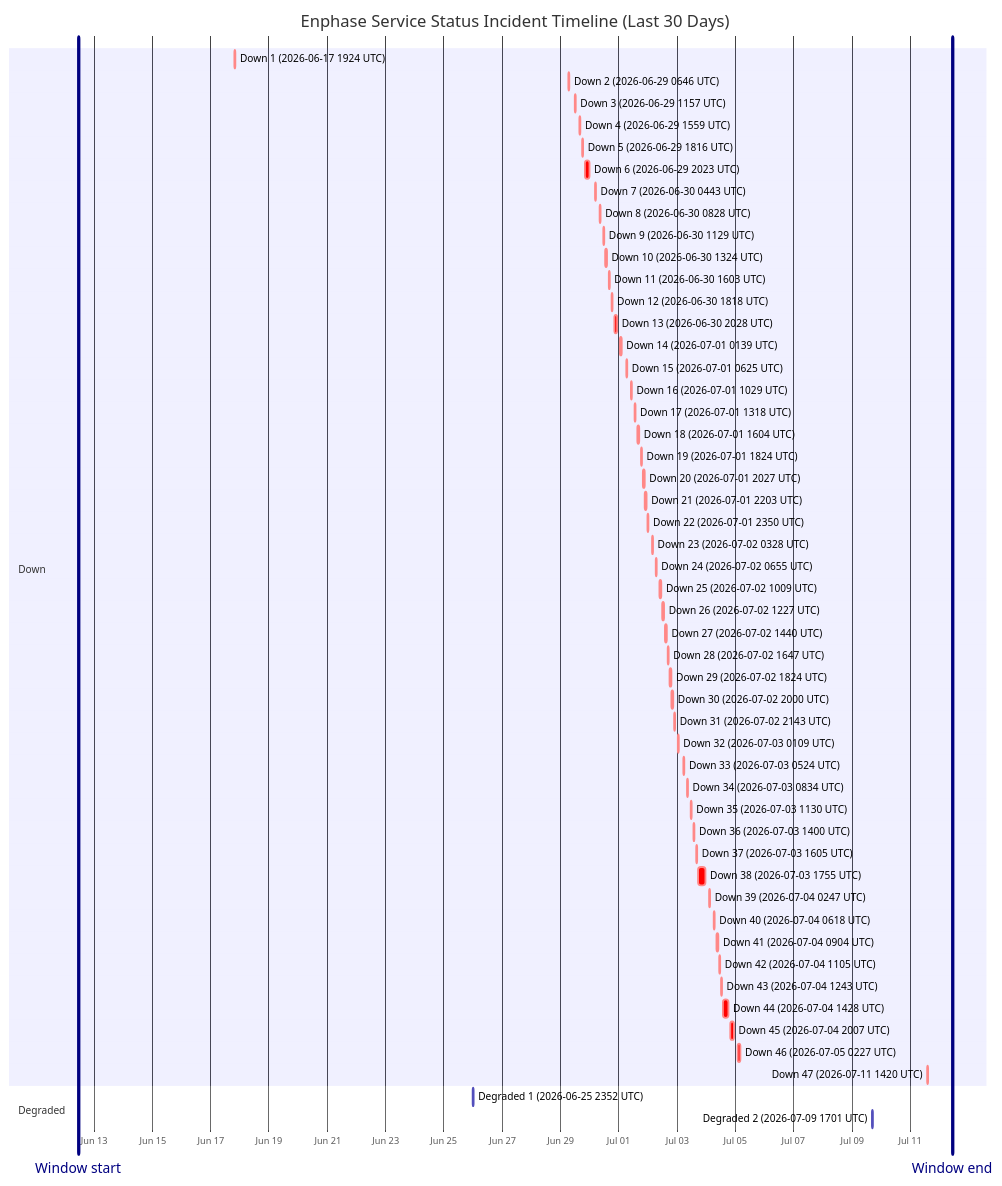
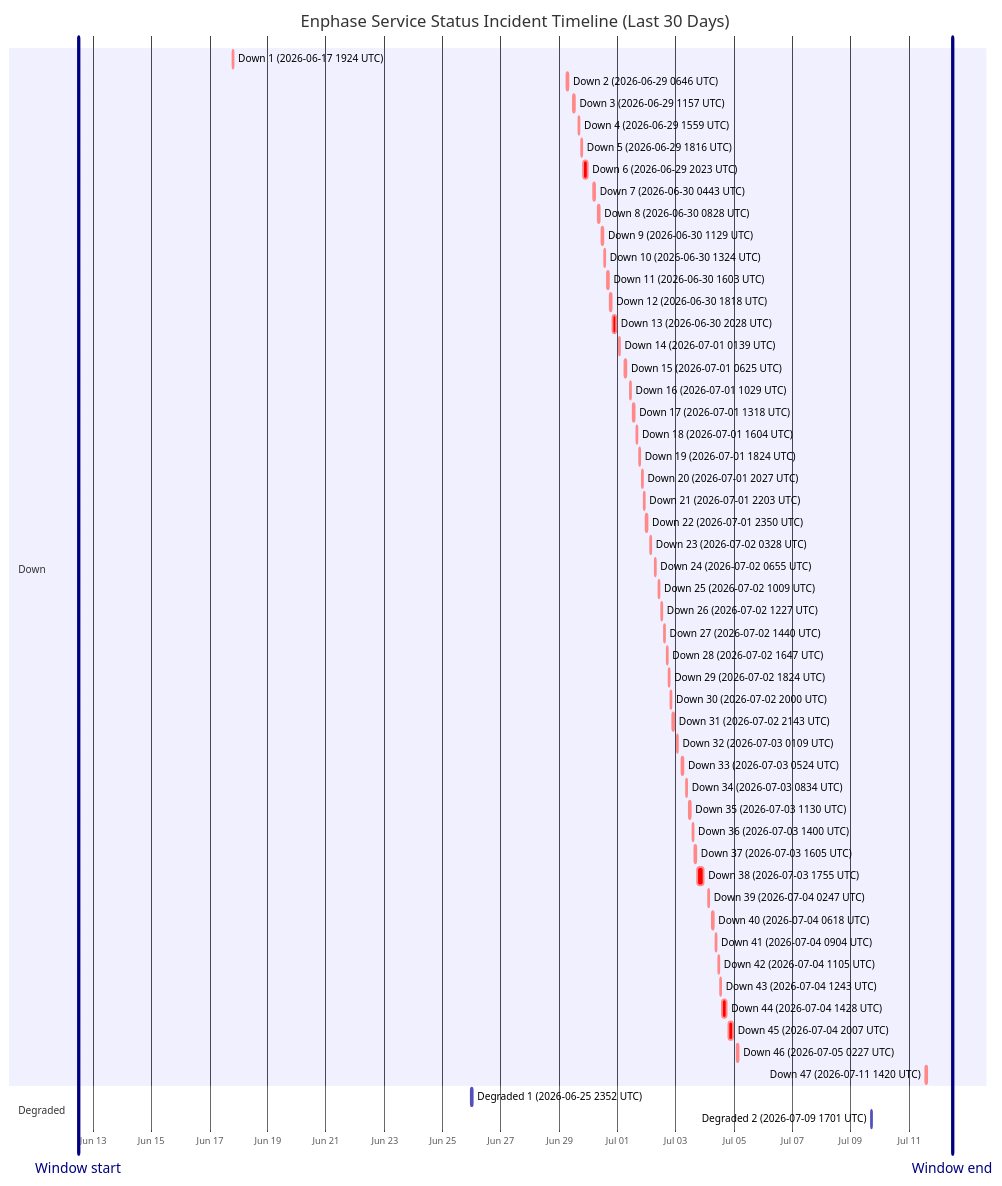
Before and after one commit to barneyonline/ha-enphase-energy: the diagram in wiki/Service-Status-History.md, drawn with Mermaid. The commit also changed other lines of this file and 3 other files, not shown here.

````diff
--- a/wiki/Service-Status-History.md
+++ b/wiki/Service-Status-History.md
@@ -14,59 +14,59 @@
 ```mermaid
 gantt
     title Enphase Service Status Incident Timeline (Last 30 Days)
     dateFormat  YYYY-MM-DDTHH:mm:ss
     axisFormat  %b %d
-    Window start :vert, window-start, 2026-06-12T10:54:38, 0ms
-    Window end :vert, window-end, 2026-07-12T10:54:38, 0ms
+    Window start :vert, window-start, 2026-06-12T11:58:05, 0ms
+    Window end :vert, window-end, 2026-07-12T11:58:05, 0ms
     section Down
     Down 1 (2026-06-17 1924 UTC) :crit, down-1, 2026-06-17T19:24:51, 60m
     Down 2 (2026-06-29 0646 UTC) :crit, down-2, 2026-06-29T06:46:18, 60m
     Down 3 (2026-06-29 1157 UTC) :crit, down-3, 2026-06-29T11:57:36, 60m
     Down 4 (2026-06-29 1559 UTC) :crit, down-4, 2026-06-29T15:59:02, 60m
     Down 5 (2026-06-29 1816 UTC) :crit, down-5, 2026-06-29T18:16:38, 60m
     Down 6 (2026-06-29 2023 UTC) :crit, down-6, 2026-06-29T20:23:16, 220m
     Down 7 (2026-06-30 0443 UTC) :crit, down-7, 2026-06-30T04:43:54, 60m
     Down 8 (2026-06-30 0828 UTC) :crit, down-8, 2026-06-30T08:28:43, 60m
     Down 9 (2026-06-30 1129 UTC) :crit, down-9, 2026-06-30T11:29:15, 60m
     Down 10 (2026-06-30 1324 UTC) :crit, down-10, 2026-06-30T13:24:25, 60m
     Down 11 (2026-06-30 1603 UTC) :crit, down-11, 2026-06-30T16:03:26, 60m
     Down 12 (2026-06-30 1818 UTC) :crit, down-12, 2026-06-30T18:18:39, 60m
     Down 13 (2026-06-30 2028 UTC) :crit, down-13, 2026-06-30T20:28:54, 171m
     Down 14 (2026-07-01 0139 UTC) :crit, down-14, 2026-07-01T01:39:18, 60m
     Down 15 (2026-07-01 0625 UTC) :crit, down-15, 2026-07-01T06:25:35, 60m
     Down 16 (2026-07-01 1029 UTC) :crit, down-16, 2026-07-01T10:29:24, 60m
     Down 17 (2026-07-01 1318 UTC) :crit, down-17, 2026-07-01T13:18:31, 60m
     Down 18 (2026-07-01 1604 UTC) :crit, down-18, 2026-07-01T16:04:29, 60m
     Down 19 (2026-07-01 1824 UTC) :crit, down-19, 2026-07-01T18:24:21, 60m
     Down 20 (2026-07-01 2027 UTC) :crit, down-20, 2026-07-01T20:27:17, 60m
     Down 21 (2026-07-01 2203 UTC) :crit, down-21, 2026-07-01T22:03:46, 60m
     Down 22 (2026-07-01 2350 UTC) :crit, down-22, 2026-07-01T23:50:52, 60m
     Down 23 (2026-07-02 0328 UTC) :crit, down-23, 2026-07-02T03:28:33, 60m
     Down 24 (2026-07-02 0655 UTC) :crit, down-24, 2026-07-02T06:55:07, 60m
     Down 25 (2026-07-02 1009 UTC) :crit, down-25, 2026-07-02T10:09:15, 60m
     Down 26 (2026-07-02 1227 UTC) :crit, down-26, 2026-07-02T12:27:49, 60m
     Down 27 (2026-07-02 1440 UTC) :crit, down-27, 2026-07-02T14:40:53, 60m
     Down 28 (2026-07-02 1647 UTC) :crit, down-28, 2026-07-02T16:47:47, 60m
     Down 29 (2026-07-02 1824 UTC) :crit, down-29, 2026-07-02T18:24:26, 60m
     Down 30 (2026-07-02 2000 UTC) :crit, down-30, 2026-07-02T20:00:57, 60m
     Down 31 (2026-07-02 2143 UTC) :crit, down-31, 2026-07-02T21:43:52, 80m
     Down 32 (2026-07-03 0109 UTC) :crit, down-32, 2026-07-03T01:09:19, 60m
     Down 33 (2026-07-03 0524 UTC) :crit, down-33, 2026-07-03T05:24:23, 60m
     Down 34 (2026-07-03 0834 UTC) :crit, down-34, 2026-07-03T08:34:05, 60m
     Down 35 (2026-07-03 1130 UTC) :crit, down-35, 2026-07-03T11:30:41, 60m
     Down 36 (2026-07-03 1400 UTC) :crit, down-36, 2026-07-03T14:00:48, 60m
     Down 37 (2026-07-03 1605 UTC) :crit, down-37, 2026-07-03T16:05:49, 60m
     Down 38 (2026-07-03 1755 UTC) :crit, down-38, 2026-07-03T17:55:54, 338m
     Down 39 (2026-07-04 0247 UTC) :crit, down-39, 2026-07-04T02:47:22, 60m
     Down 40 (2026-07-04 0618 UTC) :crit, down-40, 2026-07-04T06:18:09, 60m
     Down 41 (2026-07-04 0904 UTC) :crit, down-41, 2026-07-04T09:04:41, 60m
     Down 42 (2026-07-04 1105 UTC) :crit, down-42, 2026-07-04T11:05:21, 60m
     Down 43 (2026-07-04 1243 UTC) :crit, down-43, 2026-07-04T12:43:25, 60m
     Down 44 (2026-07-04 1428 UTC) :crit, down-44, 2026-07-04T14:28:07, 243m
     Down 45 (2026-07-04 2007 UTC) :crit, down-45, 2026-07-04T20:07:50, 206m
     Down 46 (2026-07-05 0227 UTC) :crit, down-46, 2026-07-05T02:27:32, 109m
     Down 47 (2026-07-11 1420 UTC) :crit, down-47, 2026-07-11T14:20:54, 69m
     section Degraded
     Degraded 1 (2026-06-25 2352 UTC) :active, degraded-1, 2026-06-25T23:52:01, 60m
     Degraded 2 (2026-07-09 1701 UTC) :active, degraded-2, 2026-07-09T17:01:02, 60m
 ```
````
